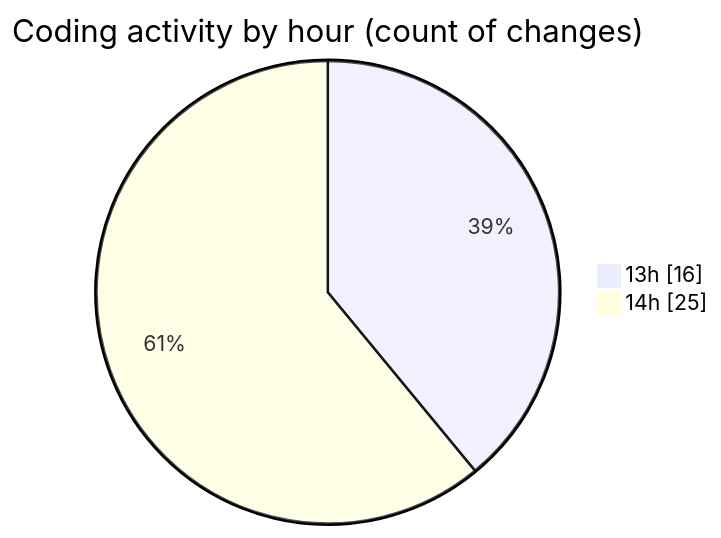
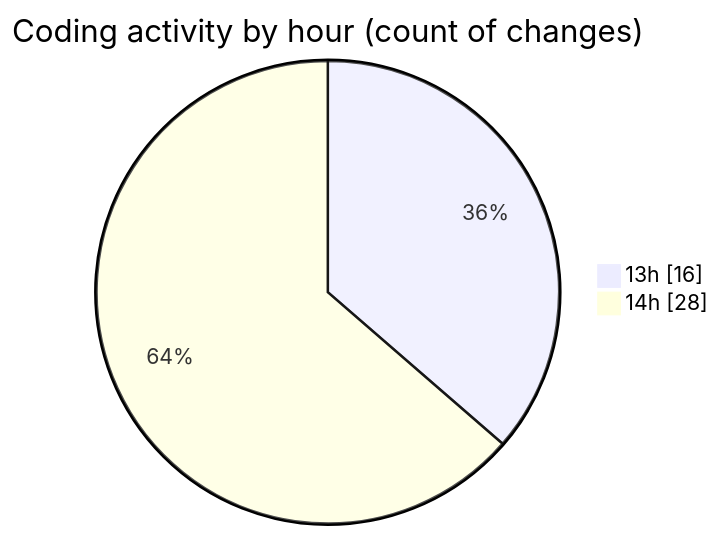
One commit to momahboobian/code-tracking changed the second of 2 diagrams in 2026-02-04/cda/README.md. Above: the diagram before and after it, drawn with Mermaid. The commit also changed other lines of this file and 1 other file, not shown here.

````diff
--- a/2026-02-04/cda/README.md
+++ b/2026-02-04/cda/README.md
@@ -28,6 +28,6 @@
 ```mermaid
 pie showData
 title Coding activity by hour (count of changes)
 "13h" : 16
-"14h" : 25
+"14h" : 28
 ```
````
